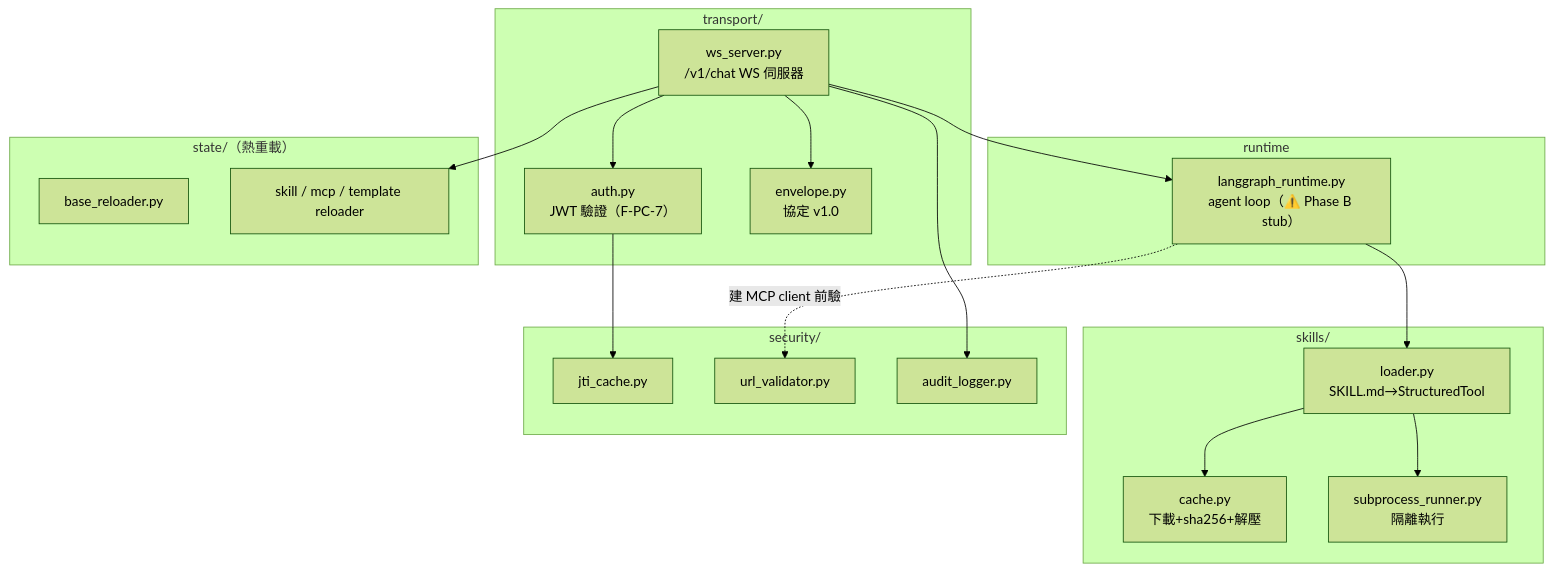
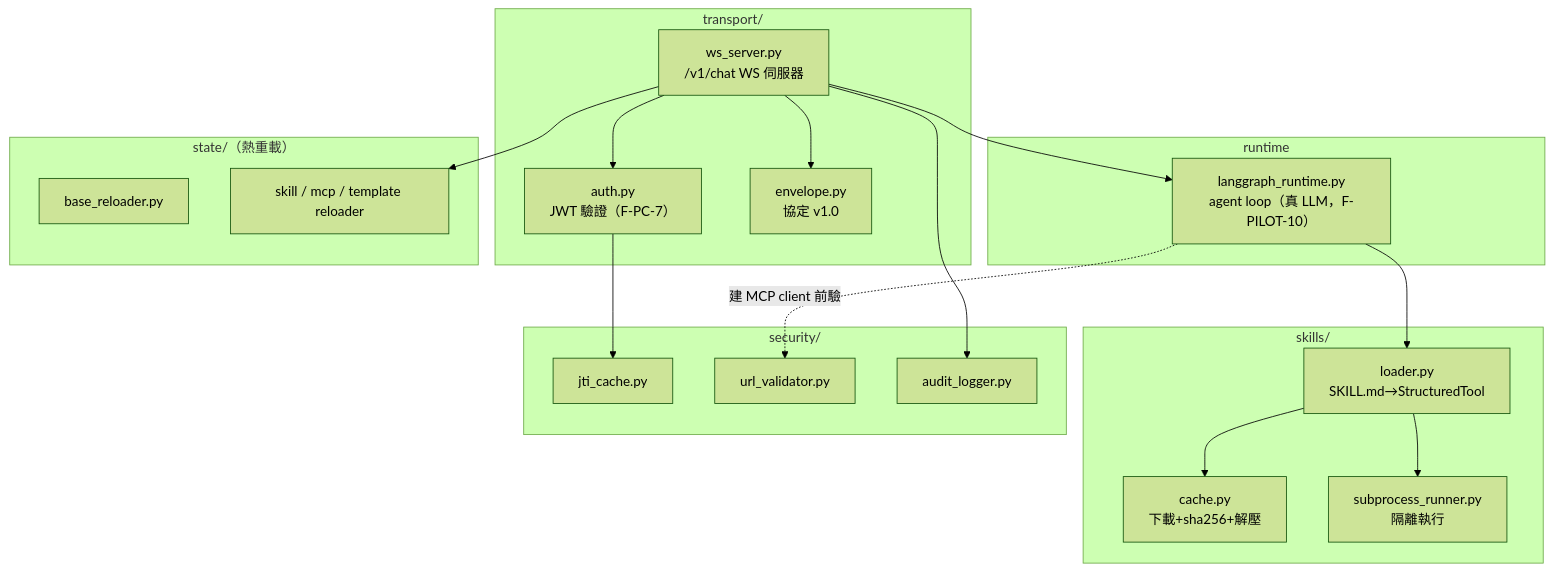
The first of 5 diagrams in docs/guides/paas-skill-system/06-pod-internals.md (WOOWTECH/odoo-addon-woow-paas-platform), drawn with Mermaid (forest theme) before and after one commit. The commit also changed other lines of this file, not shown here.

First line of the commit message:
docs: correct pod-internals langgraph stub status to live real-LLM runtime

````diff
--- a/docs/guides/paas-skill-system/06-pod-internals.md
+++ b/docs/guides/paas-skill-system/06-pod-internals.md
@@ -22,35 +24,35 @@
 ```mermaid
 graph TB
     subgraph T["transport/"]
         WS["ws_server.py<br/>/v1/chat WS 伺服器"]
         AU["auth.py<br/>JWT 驗證（F-PC-7）"]
         EN["envelope.py<br/>協定 v1.0"]
     end
     subgraph R["runtime"]
-        LG["langgraph_runtime.py<br/>agent loop（⚠️ Phase B stub）"]
+        LG["langgraph_runtime.py<br/>agent loop（真 LLM，F-PILOT-10）"]
     end
     subgraph SK["skills/"]
         LO["loader.py<br/>SKILL.md→StructuredTool"]
         CA["cache.py<br/>下載+sha256+解壓"]
         SR["subprocess_runner.py<br/>隔離執行"]
     end
     subgraph ST["state/（熱重載）"]
         BR["base_reloader.py"]
         RLS["skill / mcp / template reloader"]
     end
     subgraph SE["security/"]
         JT["jti_cache.py"]
         UV["url_validator.py"]
         AL["audit_logger.py"]
     end
     WS --> AU
     WS --> EN
     WS --> LG
     LG --> LO
     LO --> CA
     LO --> SR
     WS --> RLS
     AU --> JT
     LG -.建 MCP client 前驗.-> UV
     WS --> AL
 ```
````
